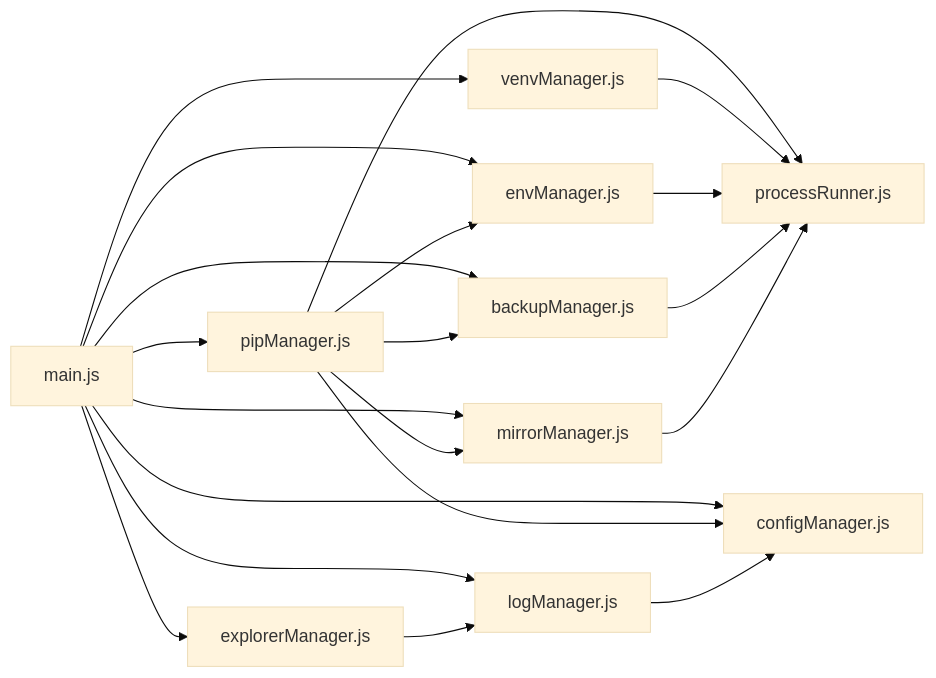
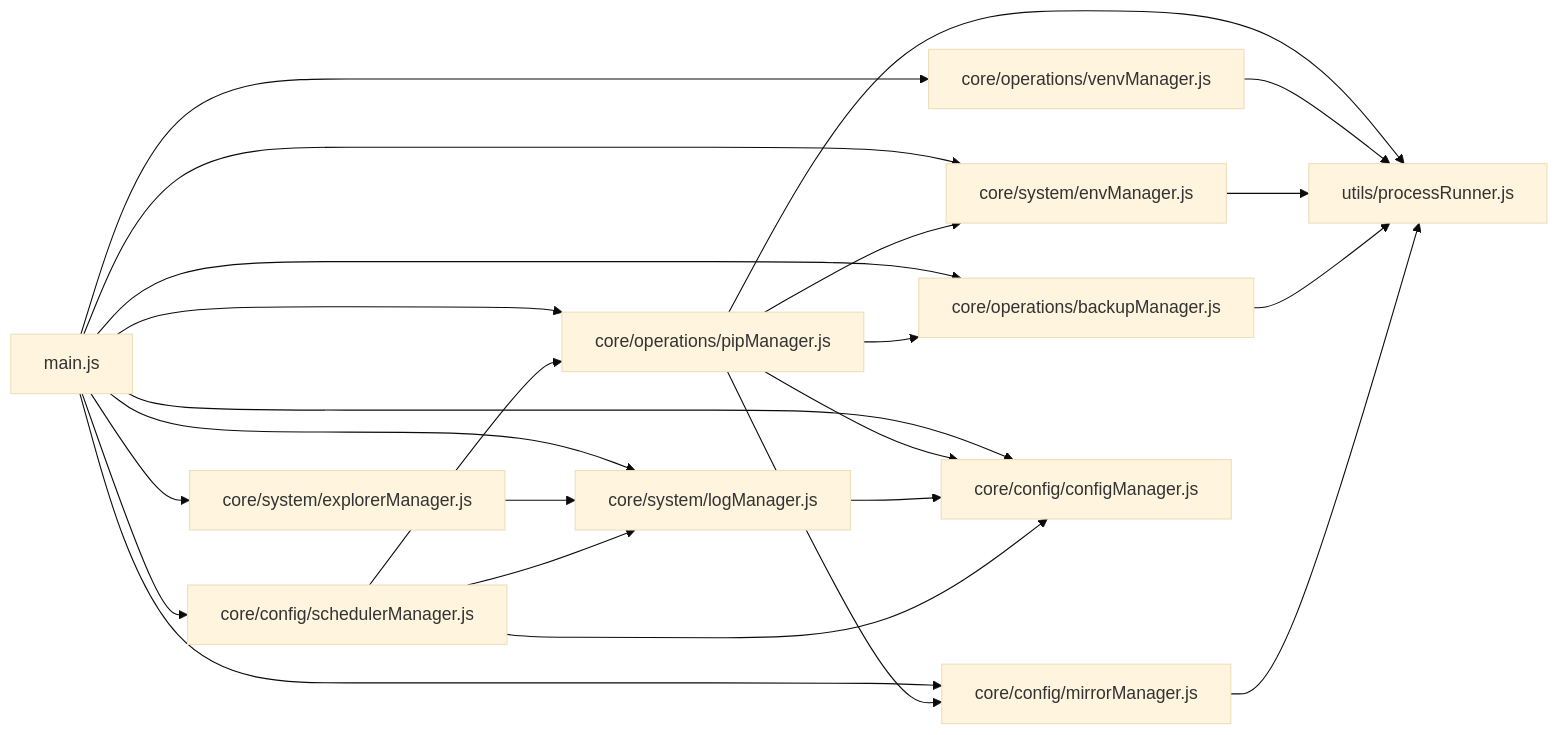
Before and after one commit to SoftheartedYYC/PyLibMaster: the third of 3 diagrams in docs/en/content/API Reference/API Reference.md, drawn with Mermaid (base theme). The commit also changed other lines of this file and 72 other files, not shown here.

````diff
--- a/docs/en/content/API Reference/API Reference.md
+++ b/docs/en/content/API Reference/API Reference.md
@@ -610,22 +671,26 @@
 ```mermaid
 graph LR
-Main["main.js"] --> Pip["pipManager.js"]
-Main --> Env["envManager.js"]
-Main --> Venv["venvManager.js"]
-Main --> Backup["backupManager.js"]
-Main --> Mirror["mirrorManager.js"]
-Main --> Config["configManager.js"]
-Main --> Log["logManager.js"]
-Main --> Explorer["explorerManager.js"]
-Pip --> Proc["processRunner.js"]
+Main["main.js"] --> Pip["core/operations/pipManager.js"]
+Main --> Env["core/system/envManager.js"]
+Main --> Venv["core/operations/venvManager.js"]
+Main --> Backup["core/operations/backupManager.js"]
+Main --> Mirror["core/config/mirrorManager.js"]
+Main --> Config["core/config/configManager.js"]
+Main --> Log["core/system/logManager.js"]
+Main --> Explorer["core/system/explorerManager.js"]
+Main --> Scheduler["core/config/schedulerManager.js"]
+Pip --> Proc["utils/processRunner.js"]
 Pip --> Mirror
 Pip --> Backup
 Pip --> Config
 Pip --> Env
 Venv --> Proc
 Env --> Proc
 Backup --> Proc
 Mirror --> Proc
 Log --> Config
 Explorer --> Log
+Scheduler --> Config
+Scheduler --> Log
+Scheduler --> Pip
 ```
````
